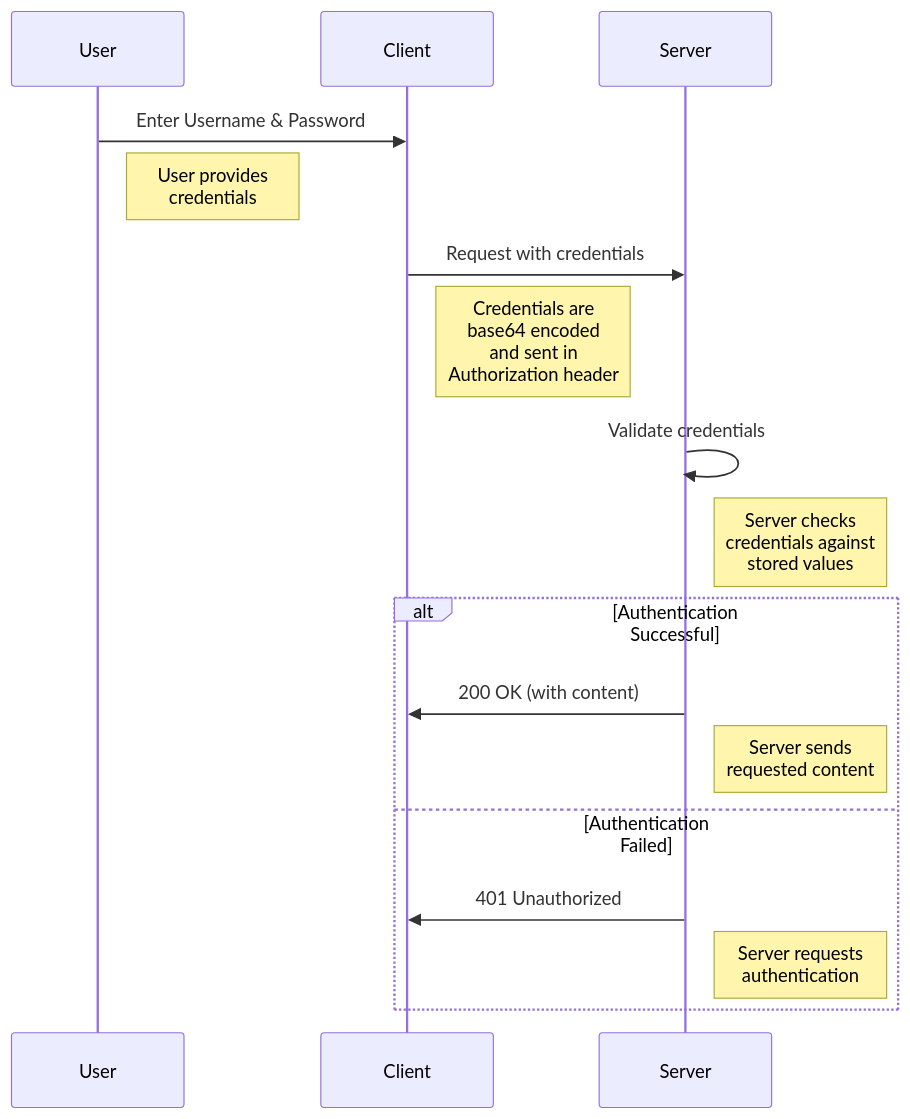
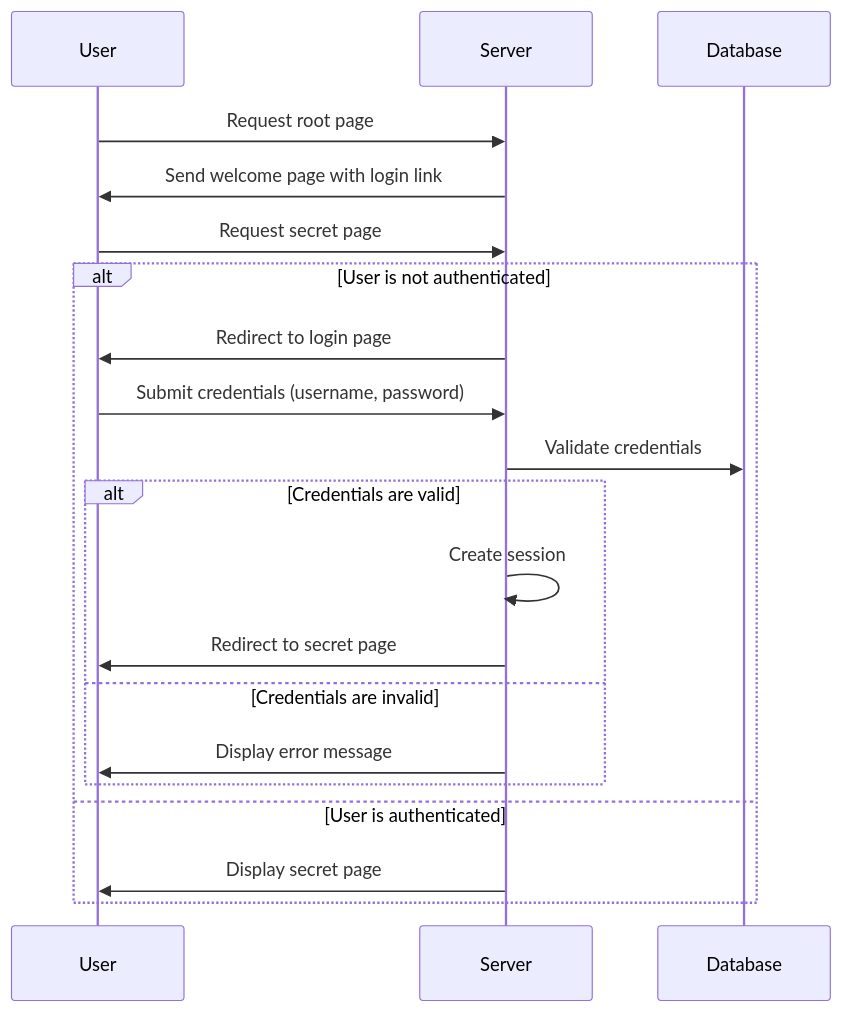
Before and after one commit to miwashi-edu/edu-authentication: the diagram in README.md, drawn with Mermaid. The commit also changed other lines of this file, not shown here.

````diff
--- a/README.md
+++ b/README.md
@@ -129,20 +175,25 @@
 ```mermaid
 sequenceDiagram
     participant U as User
-    participant C as Client
     participant S as Server
+    participant DB as Database
 
-    U->>C: Enter Username & Password
-    Note right of U: User provides<br/>credentials
-    C->>S: Request with credentials
-    Note right of C: Credentials are<br/>base64 encoded<br/>and sent in<br/>Authorization header
-    S->>S: Validate credentials
-    Note right of S: Server checks<br/>credentials against<br/>stored values
-    alt Authentication Successful
-        S->>C: 200 OK (with content)
-        Note right of S: Server sends<br/>requested content
-    else Authentication Failed
-        S->>C: 401 Unauthorized
-        Note right of S: Server requests<br/>authentication
+    U->>S: Request root page
+    S->>U: Send welcome page with login link
+
+    U->>S: Request secret page
+    alt User is not authenticated
+        S->>U: Redirect to login page
+        U->>S: Submit credentials (username, password)
+        S->>DB: Validate credentials
+        alt Credentials are valid
+            S->>S: Create session
+            S->>U: Redirect to secret page
+        else Credentials are invalid
+            S->>U: Display error message
+        end
+    else User is authenticated
+        S->>U: Display secret page
     end
+
 ```
````
